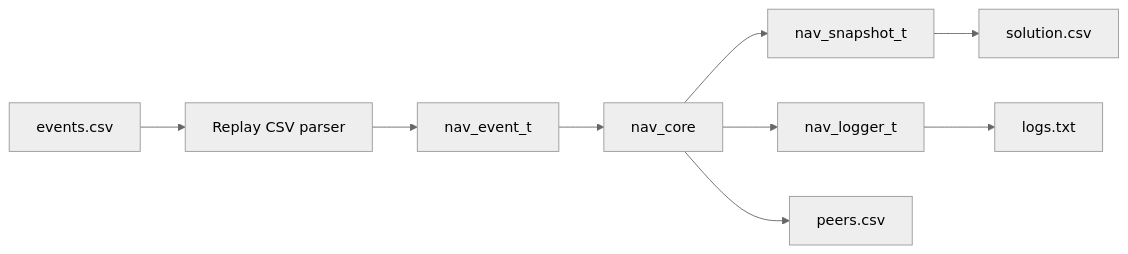
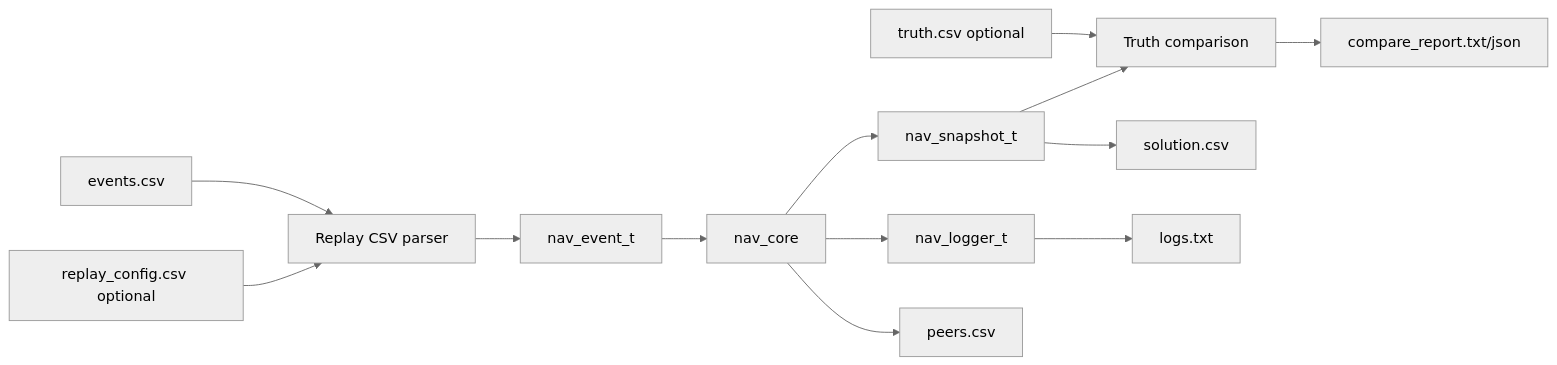
Before and after one commit to Zelefin/mcu-nav: the diagram in docs/replay_csv.md, drawn with Mermaid (neutral theme). The commit also changed other lines of this file and 25 other files, not shown here.

````diff
--- a/docs/replay_csv.md
+++ b/docs/replay_csv.md
@@ -6,11 +6,15 @@
 ```mermaid
 flowchart LR
     CSV[events.csv] --> PARSER[Replay CSV parser]
+    CFG[replay_config.csv optional] --> PARSER
     PARSER --> EVT[nav_event_t]
     EVT --> CORE[nav_core]
     CORE --> SNAP[nav_snapshot_t]
     CORE --> LOG[nav_logger_t]
+    TRUTH[truth.csv optional] --> CMP[Truth comparison]
     SNAP --> SOL[solution.csv]
+    SNAP --> CMP
+    CMP --> REPORT[compare_report.txt/json]
     CORE --> PEERS[peers.csv]
     LOG --> TXT[logs.txt]
 ```
````
